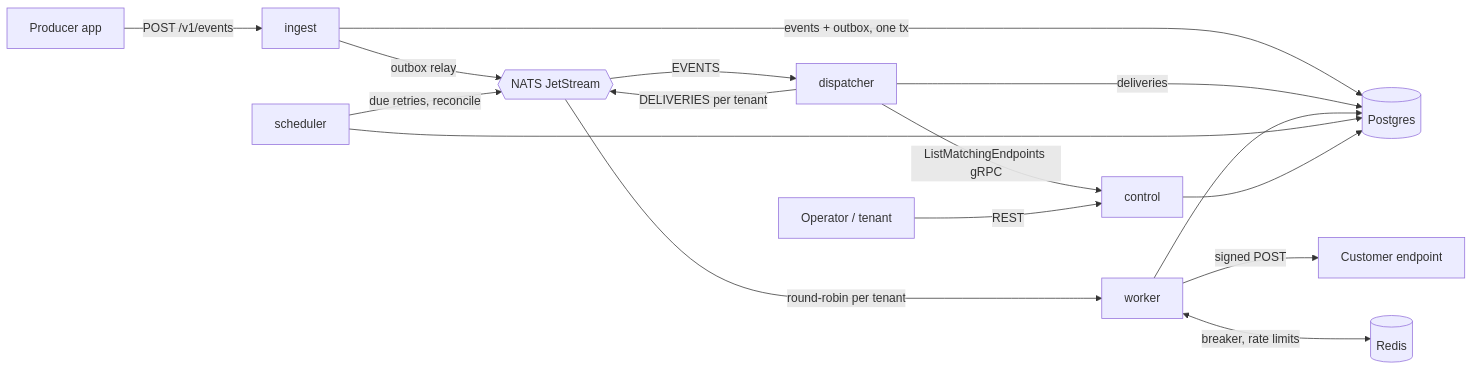
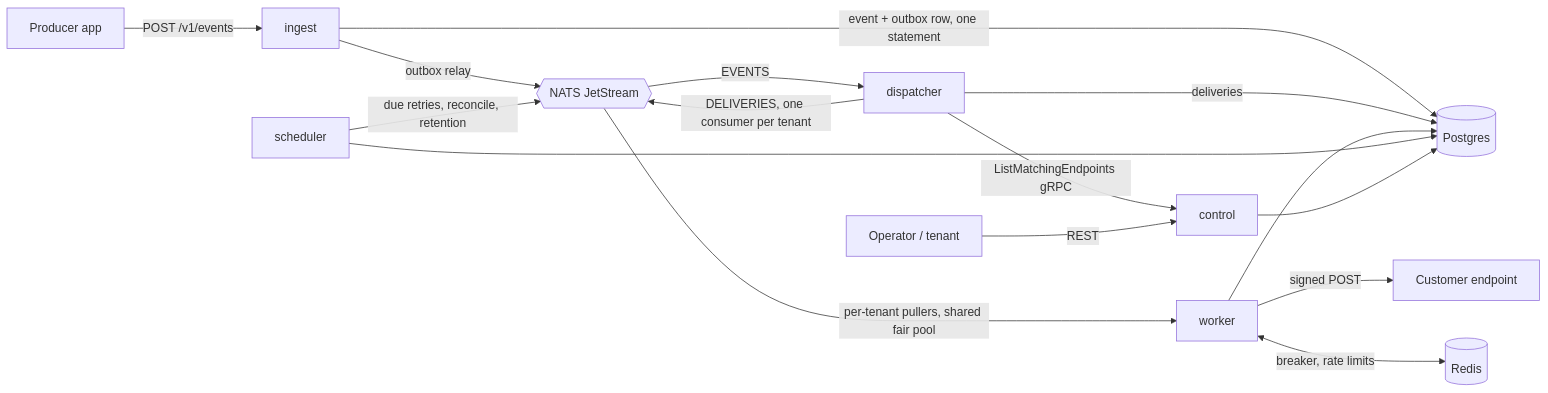
Before and after one commit to GitNimay/hookline: the diagram in README.md, drawn with Mermaid. The commit also changed other lines of this file and 3 other files, not shown here.

First line of the commit message:
perf: dispatcher fans out batches of up to 100 events with one insert and one publish

````diff
--- a/README.md
+++ b/README.md
@@ -9,18 +9,18 @@
 ```mermaid
 flowchart LR
   P[Producer app] -->|POST /v1/events| I[ingest]
-  I -->|events + outbox, one tx| PG[(Postgres)]
+  I -->|event + outbox row, one statement| PG[(Postgres)]
   I -->|outbox relay| N{{NATS JetStream}}
   N -->|EVENTS| D[dispatcher]
   D -->|ListMatchingEndpoints gRPC| C[control]
   D -->|deliveries| PG
-  D -->|DELIVERIES per tenant| N
-  N -->|round-robin per tenant| W[worker]
+  D -->|DELIVERIES, one consumer per tenant| N
+  N -->|per-tenant pullers, shared fair pool| W[worker]
   W -->|signed POST| E[Customer endpoint]
   W --> PG
   W <-->|breaker, rate limits| R[(Redis)]
-  S[scheduler] -->|due retries, reconcile| N
+  S[scheduler] -->|due retries, reconcile, retention| N
   S --> PG
   A[Operator / tenant] -->|REST| C
   C --> PG
 ```
````
